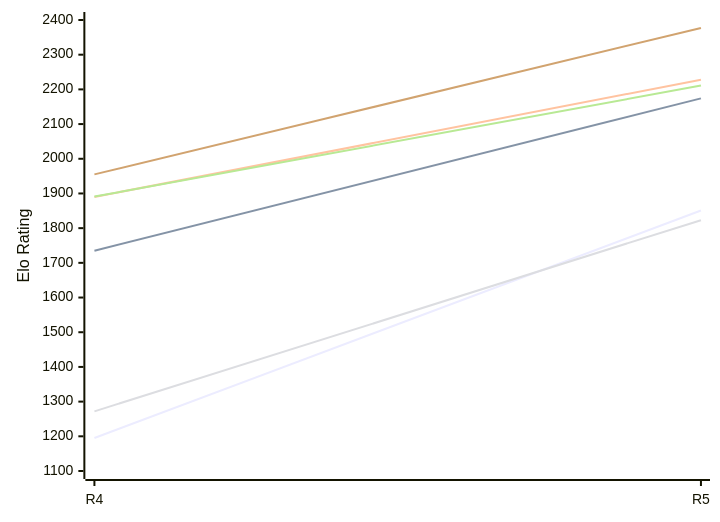
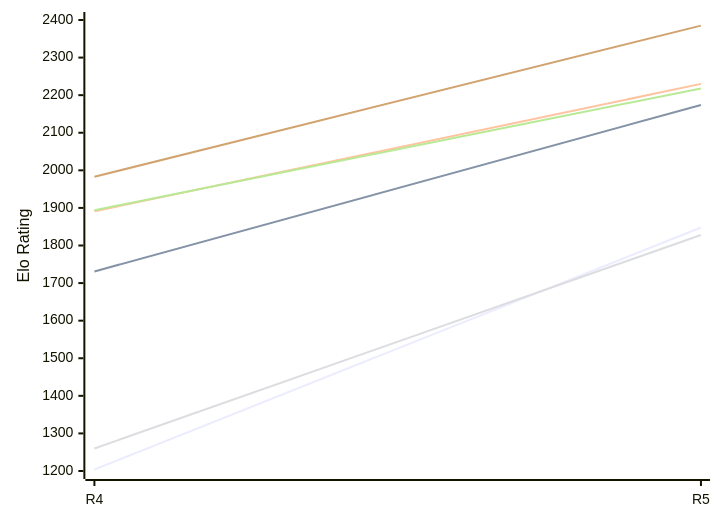
Before and after one commit to computer-chess-index/cci: the first of 2 diagrams in engines/Viking.md, drawn with Mermaid. The commit also changed other lines of this file, not shown here.

Commit message:
Update CCI Ratings (ELO VLTC) - 2026-11-25

````diff
--- a/engines/Viking.md
+++ b/engines/Viking.md
@@ -50,12 +50,12 @@
 ```mermaid
 %%{init: {"theme":"base","themeVariables":{"seriesColors:['#a3a3a3','#222221','#faa371']}}}%%
 xychart-beta
   x-axis ["R4", "R5"]
-  y-axis "Elo Rating" 1100 --> 2400
-  line "E1: STC (8.0+0.08s)" [1195, 1851]
-  line "E1: LTC (60.0+0.60s)" [1735, 2174]
-  line "E1: VLTC (2m24s+1.12s)" [1890, 2228]
-  line "P1: STC (8.0+0.08s)" [1272, 1823]
-  line "P1: LTC (60.0+0.60s)" [1891, 2211]
-  line "P1: VLTC (2m24s+1.12s)" [1955, 2377]
+  y-axis "Elo Rating" 1200 --> 2400
+  line "E1: STC (8.0+0.08s)" [1204, 1848]
+  line "E1: LTC (60.0+0.60s)" [1731, 2174]
+  line "E1: VLTC (2m24s+1.12s)" [1891, 2230]
+  line "P1: STC (8.0+0.08s)" [1260, 1828]
+  line "P1: LTC (60.0+0.60s)" [1894, 2218]
+  line "P1: VLTC (2m24s+1.12s)" [1983, 2385]
 ```
````
